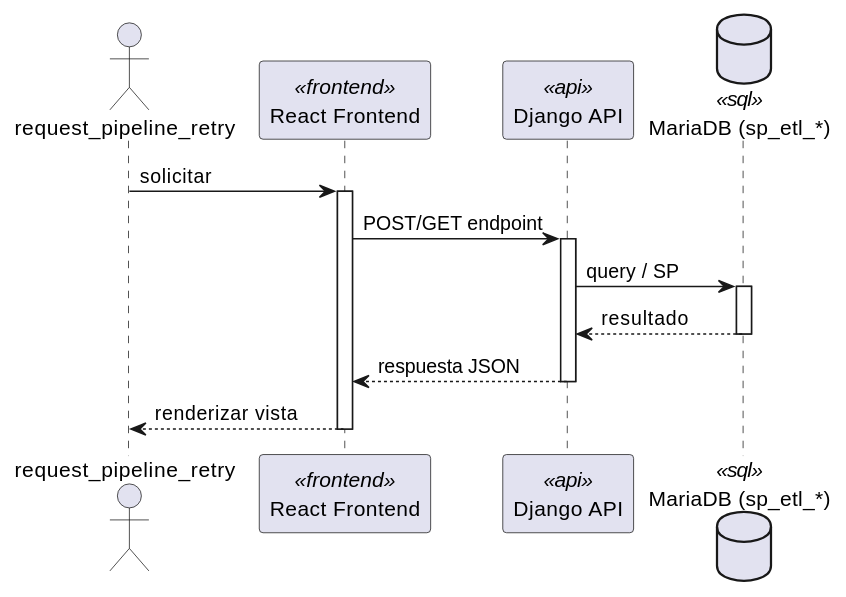
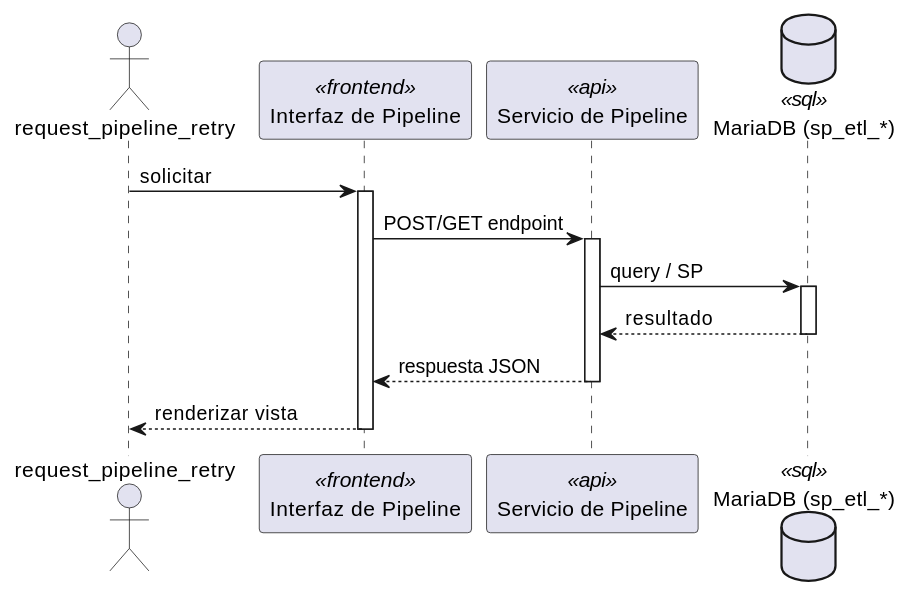
The first of 2 diagrams in source/arquitectura-tecnica/DesignView/pip-04.rst (jcg-admin/IACT-docs), drawn with PlantUML before and after one commit. The commit also changed other lines of this file and 243 other files, not shown here.

First line of the commit message:
Add missing diagrams and fix participant names across Kruchten views

```diff
--- a/source/arquitectura-tecnica/DesignView/pip-04.rst
+++ b/source/arquitectura-tecnica/DesignView/pip-04.rst
@@ -22,28 +22,28 @@
 .. uml::
  :caption: UC_PIP_04 — Design View (secuencia)
 
  @startuml
 
  actor "request_pipeline_retry" as request_pipeline_retry
- participant "React Frontend" as Frontend <<frontend>>
- participant "Django API" as APIServer <<api>>
- database "MariaDB (sp_etl_*)" as BaseDatos <<sql>>
+ participant "Interfaz de Pipeline" as Iface <<frontend>>
+ participant "Servicio de Pipeline" as SvcNode <<api>>
+ database "MariaDB (sp_etl_*)" as Store <<sql>>
 
- request_pipeline_retry -> Frontend : solicitar
- activate Frontend
+ request_pipeline_retry -> Iface : solicitar
+ activate Iface
 
- Frontend -> APIServer : POST/GET endpoint
- activate APIServer
+ Iface -> SvcNode : POST/GET endpoint
+ activate SvcNode
 
- APIServer -> BaseDatos : query / SP
- activate BaseDatos
- BaseDatos --> APIServer : resultado
- deactivate BaseDatos
+ SvcNode -> Store : query / SP
+ activate Store
+ Store --> SvcNode : resultado
+ deactivate Store
 
- APIServer --> Frontend : respuesta JSON
- deactivate APIServer
+ SvcNode --> Iface : respuesta JSON
+ deactivate SvcNode
 
- Frontend --> request_pipeline_retry : renderizar vista
- deactivate Frontend
+ Iface --> request_pipeline_retry : renderizar vista
+ deactivate Iface
 
  @enduml
```
